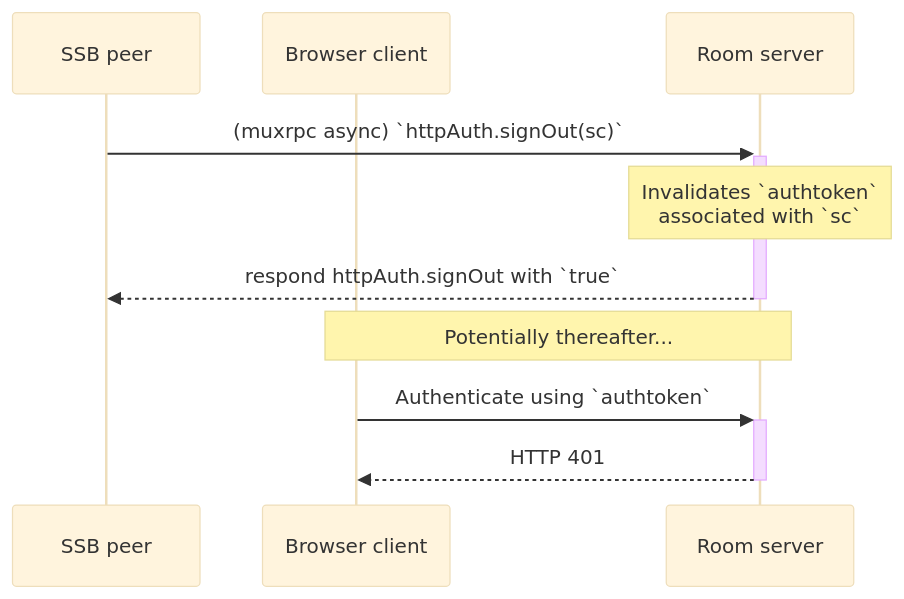
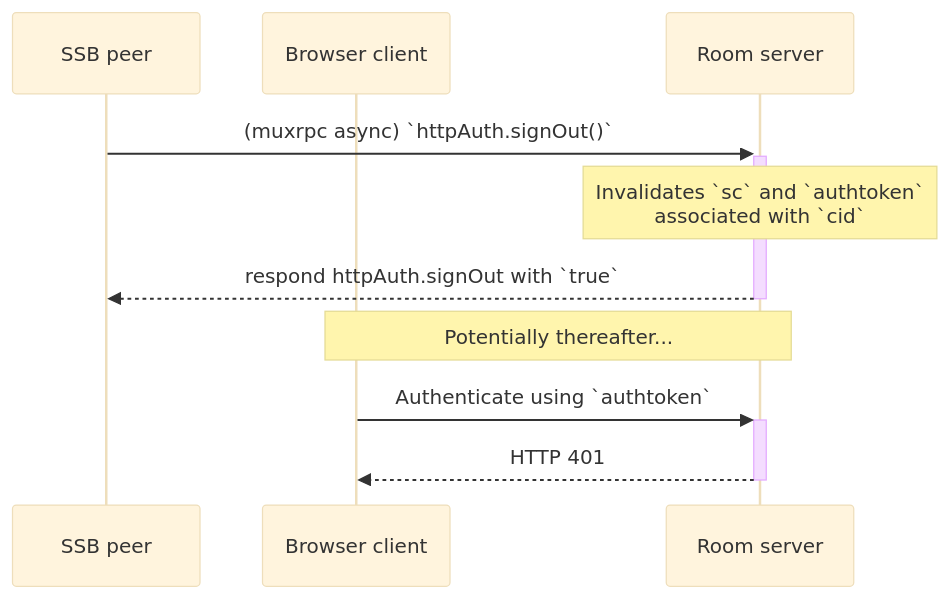
One commit to ssbc/rooms2 changed the third of 4 diagrams in docs/Setup/Sign-in with SSB.md. Above: the diagram before and after it, drawn with Mermaid (base theme). The commit also changed other lines of this file and 1 other file, not shown here.

Commit message:
change httpAuth.signOut(sc) to httpAuth.signOut()

````diff
--- a/docs/Setup/Sign-in with SSB.md
+++ b/docs/Setup/Sign-in with SSB.md
@@ -98,13 +98,13 @@
 ```mermaid
 sequenceDiagram
   participant Umux as SSB peer
   participant Uweb as Browser client
   participant R as Room server
 
-  Umux->>+R: (muxrpc async) `httpAuth.signOut(sc)`
-  Note over R: Invalidates `authtoken`<br/>associated with `sc`
+  Umux->>+R: (muxrpc async) `httpAuth.signOut()`
+  Note over R: Invalidates `sc` and `authtoken`<br/>associated with `cid`
   R-->>-Umux: respond httpAuth.signOut with `true`
   Note over Uweb,R: Potentially thereafter...
   Uweb->>+R: Authenticate using `authtoken`
   R-->>-Uweb: HTTP 401
 ```
````
